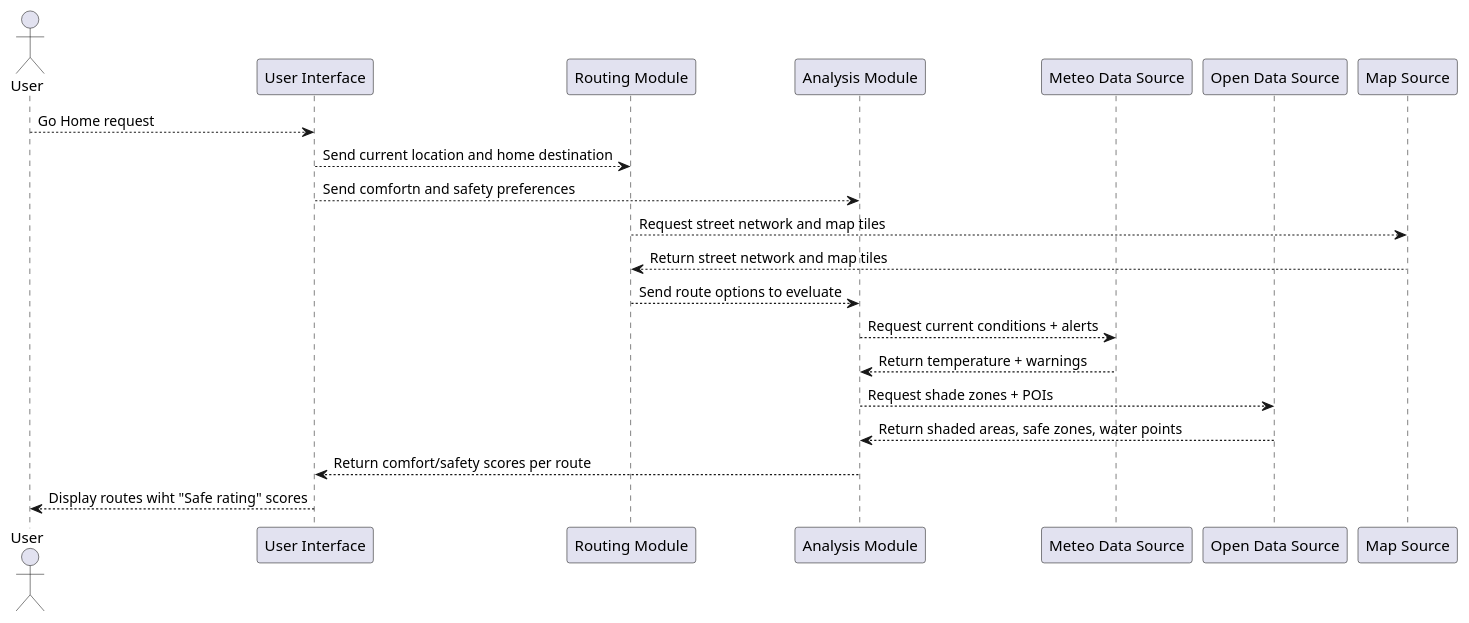
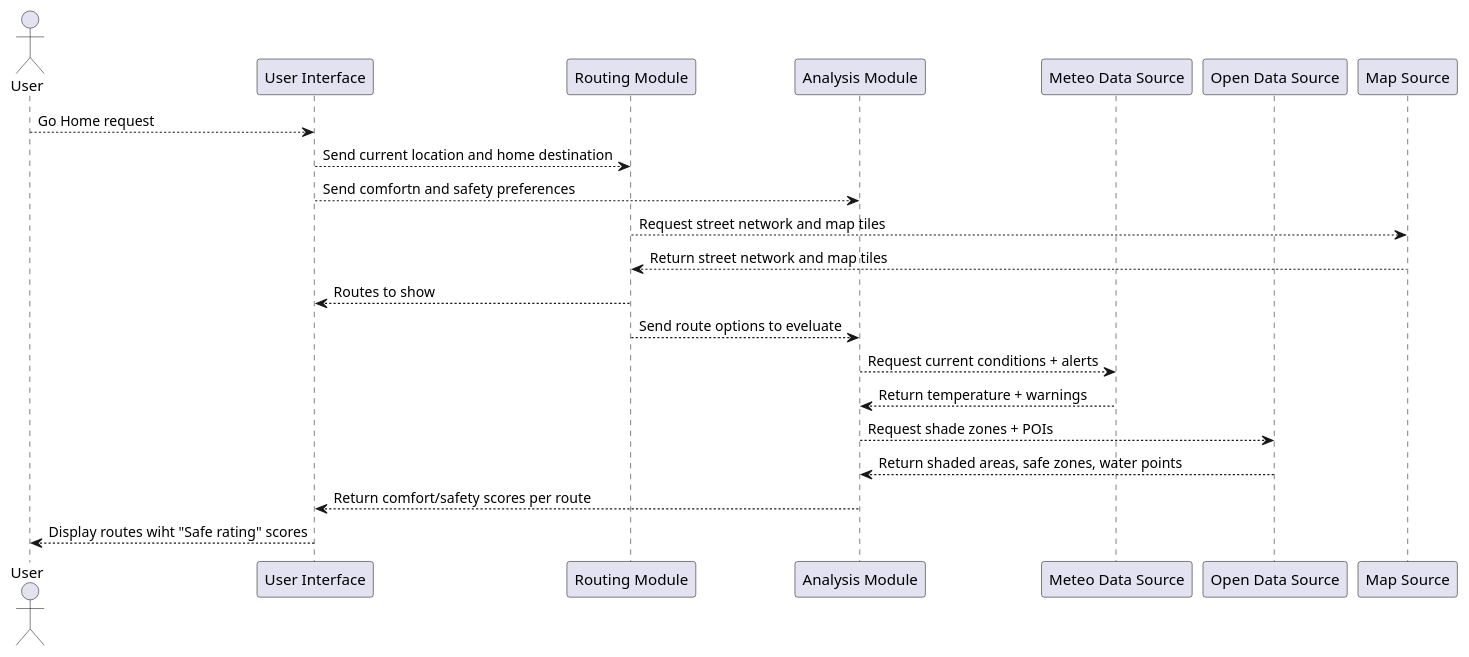
Before and after one commit to RodrigoIglesia/SafeNav: the diagram in docs/uml/usecase/UC1_OperationalScemario.puml, drawn with PlantUML. The commit also changed 8 other files, not shown here.

```diff
--- a/docs/uml/usecase/UC1_OperationalScemario.puml
+++ b/docs/uml/usecase/UC1_OperationalScemario.puml
@@ -4,28 +4,30 @@
 @startuml
     actor       "User" as User
     participant "User Interface" as UI
     participant "Routing Module" as Router
     participant "Analysis Module" as Analyzer
     participant "Meteo Data Source" as Meteo
     participant "Open Data Source" as OpenData
     participant "Map Source" as MapAPI
 
     User --> UI : Go Home request
     UI --> Router : Send current location and home destination
     UI --> Analyzer : Send comfortn and safety preferences
 
     Router --> MapAPI : Request street network and map tiles
     Router <-- MapAPI : Return street network and map tiles
 
+    Router --> UI: Routes to show
+
     Router --> Analyzer : Send route options to eveluate
 
     Analyzer --> Meteo : Request current conditions + alerts
     Meteo --> Analyzer : Return temperature + warnings
 
     Analyzer --> OpenData : Request shade zones + POIs
     OpenData --> Analyzer : Return shaded areas, safe zones, water points
 
     Analyzer --> UI : Return comfort/safety scores per route
 
     UI --> User : Display routes wiht "Safe rating" scores
 @enduml
```
